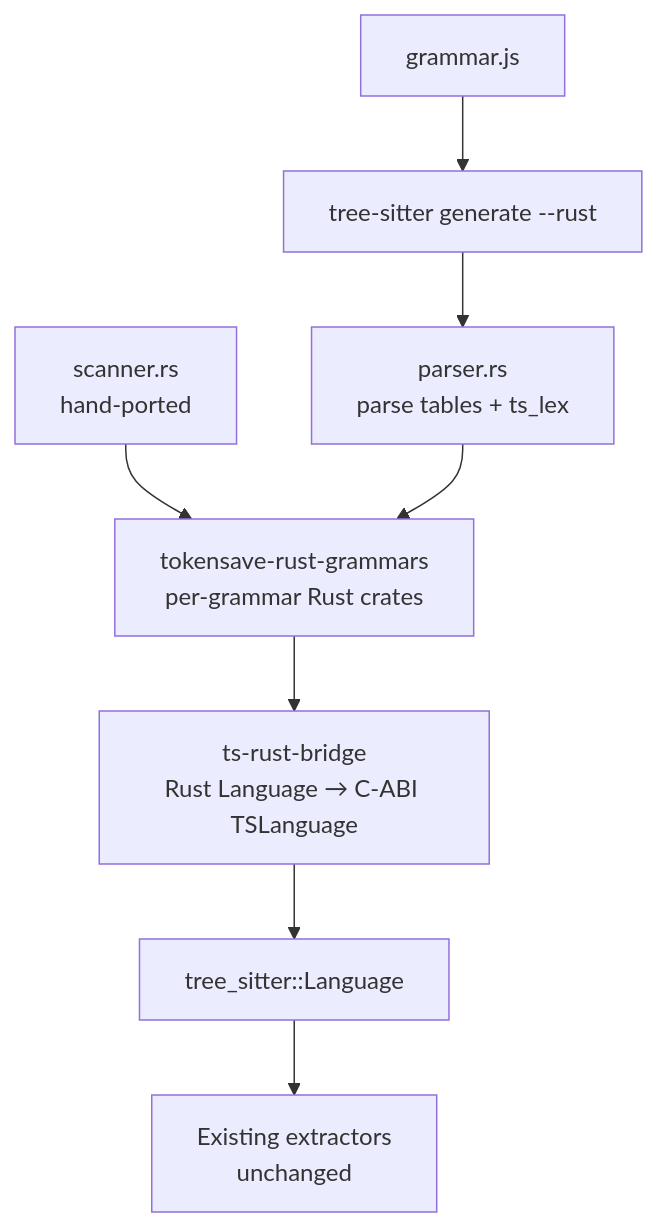
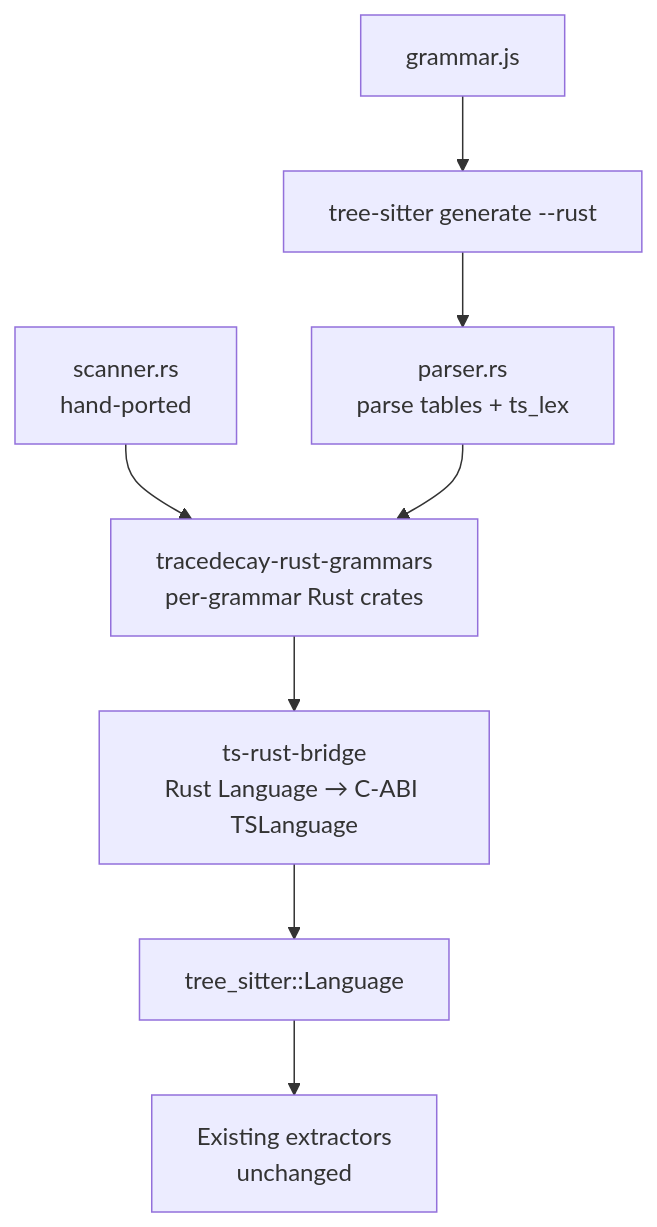
One commit to ScriptedAlchemy/tracedecay changed the second of 2 diagrams in docs/RUST-PARSER-MIGRATION.md. Above: the diagram before and after it, drawn with Mermaid. The commit also changed other lines of this file and 340 other files, not shown here.

````diff
--- a/docs/RUST-PARSER-MIGRATION.md
+++ b/docs/RUST-PARSER-MIGRATION.md
@@ -79,10 +79,10 @@
 ```mermaid
 graph TD
     GJS[grammar.js] --> GEN[tree-sitter generate --rust]
     GEN --> PARSER[parser.rs<br/>parse tables + ts_lex]
     SC[scanner.rs<br/>hand-ported] --> RG
-    PARSER --> RG[tokensave-rust-grammars<br/>per-grammar Rust crates]
+    PARSER --> RG[tracedecay-rust-grammars<br/>per-grammar Rust crates]
     RG --> BR[ts-rust-bridge<br/>Rust Language → C-ABI TSLanguage]
     BR --> TSL[tree_sitter::Language]
     TSL --> EXT[Existing extractors<br/>unchanged]
 ```
````
